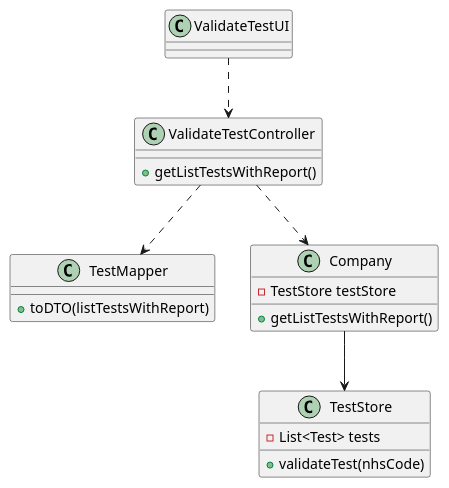
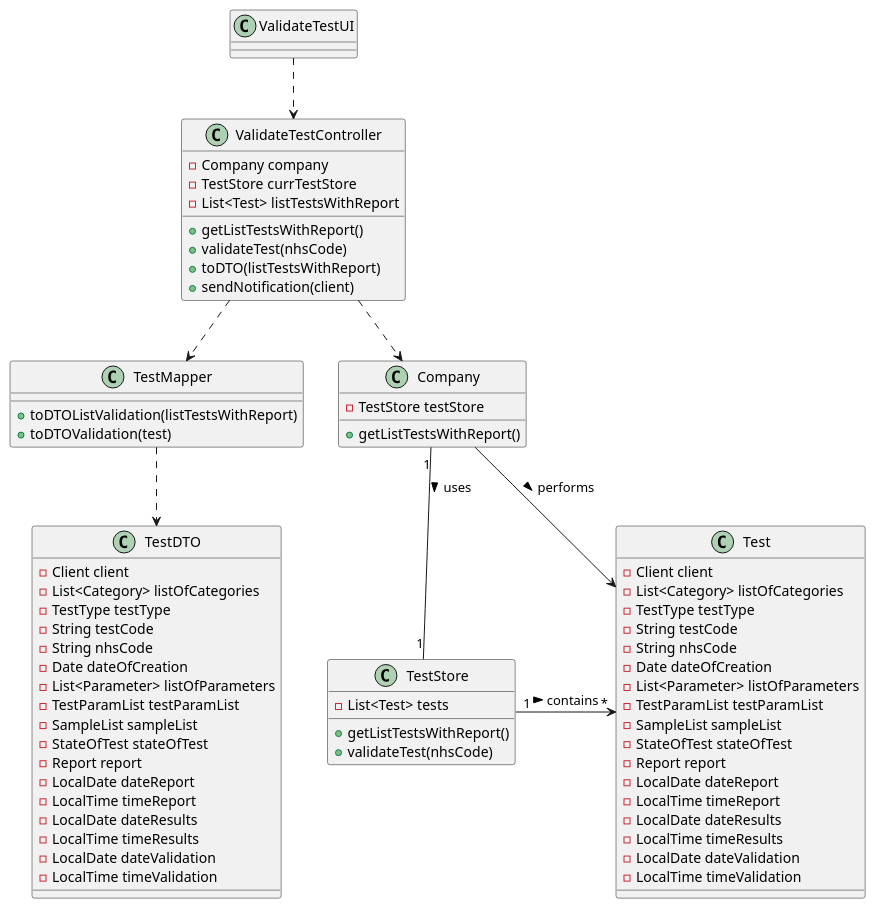
Before and after one commit to MadDinosaur/ISEP-LAPR2: the diagram in docs/SprintC/US15/US15_CD.puml, drawn with PlantUML. The commit also changed 7 other files, not shown here.

```diff
--- a/docs/SprintC/US15/US15_CD.puml
+++ b/docs/SprintC/US15/US15_CD.puml
@@ -1,34 +1,85 @@
 @startuml
 'https://plantuml.com/class-diagram
 
 class ValidateTestUI
 
 class ValidateTestController{
+-Company company
+-TestStore currTestStore
+-List<Test> listTestsWithReport
+
 +getListTestsWithReport()
-
++validateTest(nhsCode)
++toDTO(listTestsWithReport)
++sendNotification(client)
 }
 
 class TestStore{
 -List<Test> tests
 
++getListTestsWithReport()
 +validateTest(nhsCode)
+}
+
+class Test{
+-Client client
+-List<Category> listOfCategories
+-TestType testType
+-String testCode
+-String nhsCode
+-Date dateOfCreation
+-List<Parameter> listOfParameters
+-TestParamList testParamList
+-SampleList sampleList
+-StateOfTest stateOfTest
+-Report report
+-LocalDate dateReport
+-LocalTime timeReport
+-LocalDate dateResults
+-LocalTime timeResults
+-LocalDate dateValidation
+-LocalTime timeValidation
 }
 
 class TestMapper{
 
 
-+toDTO(listTestsWithReport)
++toDTOListValidation(listTestsWithReport)
++toDTOValidation(test)
+}
+
+class TestDTO{
+-Client client
+-List<Category> listOfCategories
+-TestType testType
+-String testCode
+-String nhsCode
+-Date dateOfCreation
+-List<Parameter> listOfParameters
+-TestParamList testParamList
+-SampleList sampleList
+-StateOfTest stateOfTest
+-Report report
+-LocalDate dateReport
+-LocalTime timeReport
+-LocalDate dateResults
+-LocalTime timeResults
+-LocalDate dateValidation
+-LocalTime timeValidation
 }
 
 class Company{
 -TestStore testStore
 
 +getListTestsWithReport()
 }
 
 ValidateTestUI ..> ValidateTestController
 ValidateTestController ..> Company
 ValidateTestController ..> TestMapper
-Company --> TestStore
+TestMapper ..> TestDTO
+Company "1"-down-"1" TestStore: uses >
+TestStore "1"->"*" Test: contains >
+Company --> Test: performs >
 
 @enduml
```
